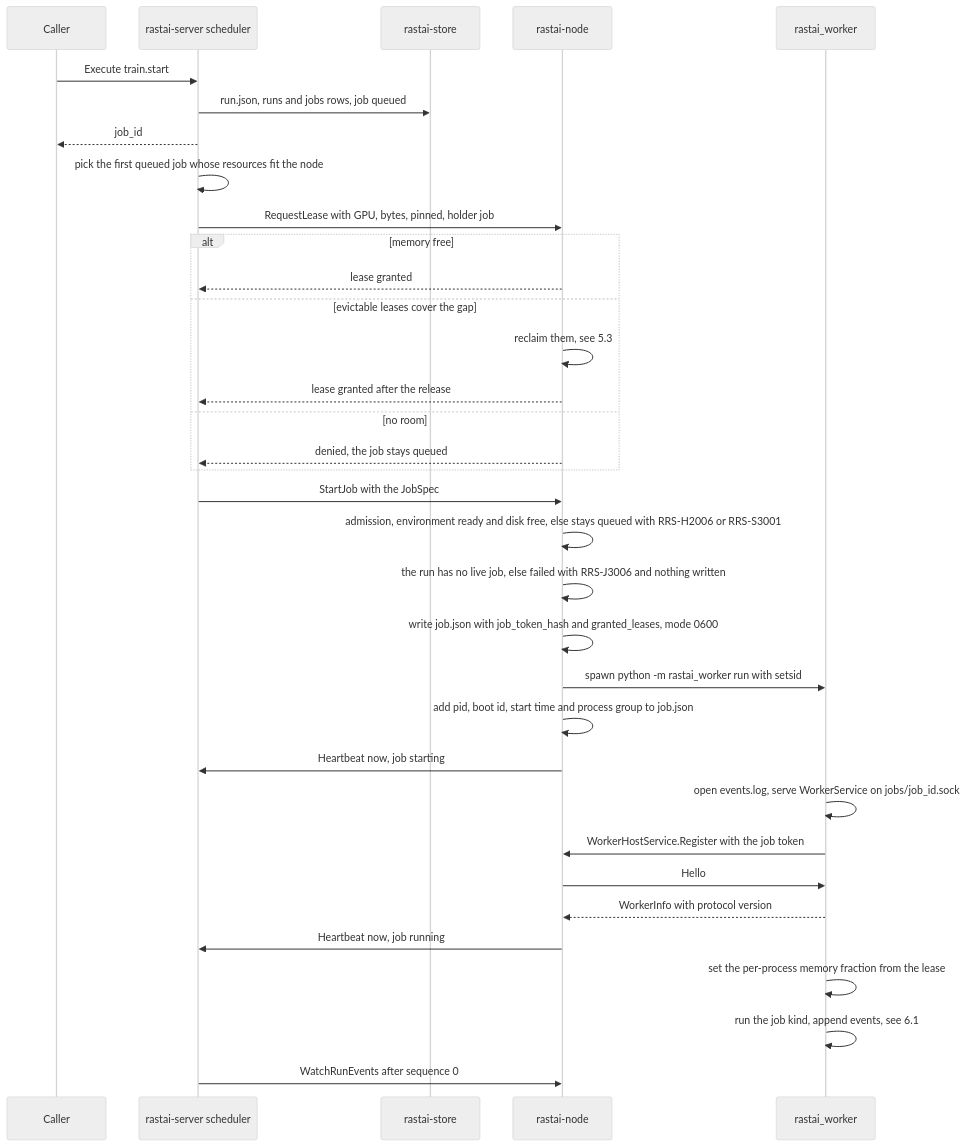
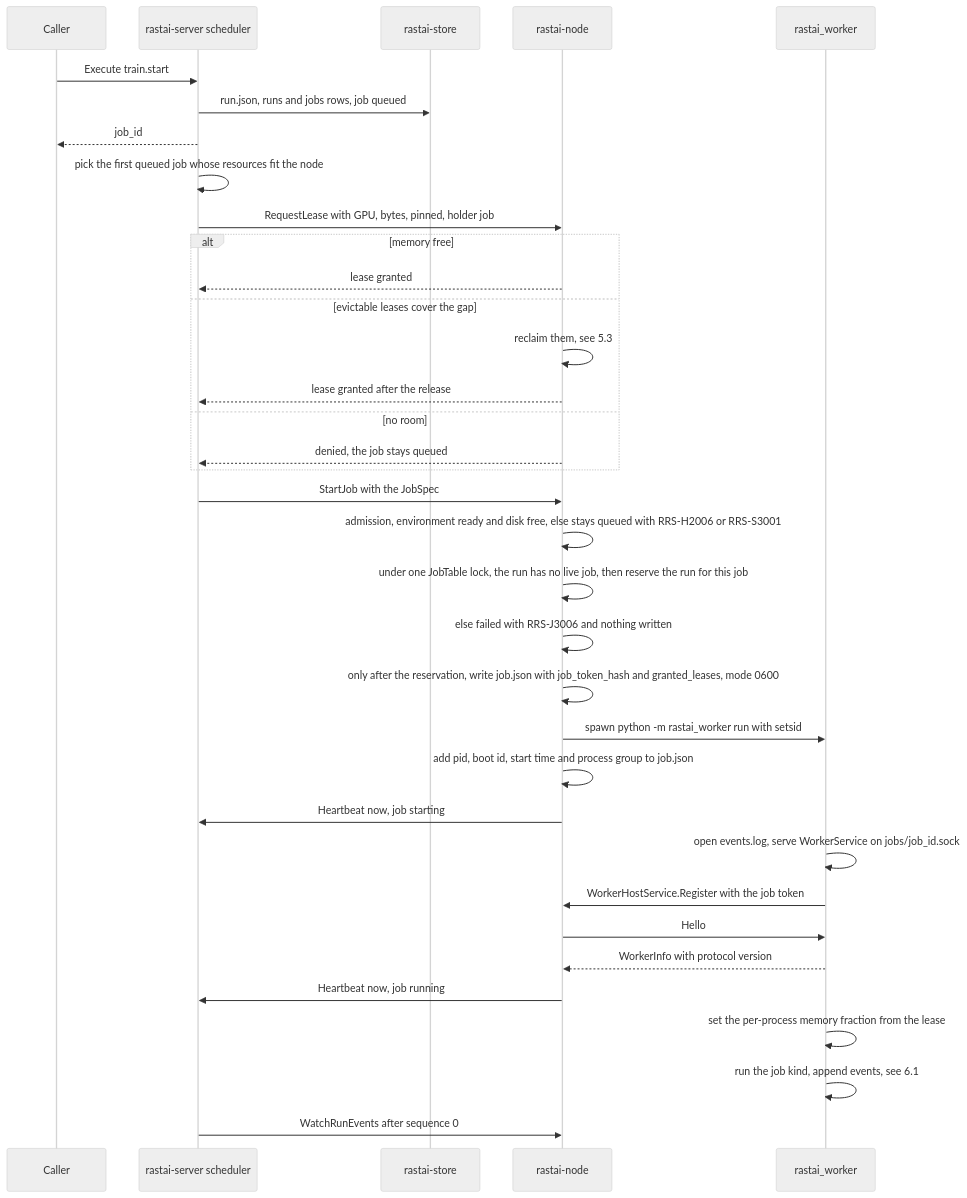
One commit to Snubiss/RASTAI-Research-Studio changed diagram 19 of 55 in docs/architecture/flows/platform.md. Above: the diagram before and after it, drawn with Mermaid (neutral theme). The commit also changed other lines of this file and 3 other files, not shown here.

First line of the commit message:
M1-39 contract: Address final sweep (one live job per run, admission is atomic)

````diff
--- a/docs/architecture/flows/platform.md
+++ b/docs/architecture/flows/platform.md
@@ -933,36 +933,37 @@
 ```mermaid
 sequenceDiagram
   participant C as Caller
   participant SRV as rastai-server scheduler
   participant STO as rastai-store
   participant ND as rastai-node
   participant W as rastai_worker
   C->>SRV: Execute train.start
   SRV->>STO: run.json, runs and jobs rows, job queued
   SRV-->>C: job_id
   SRV->>SRV: pick the first queued job whose resources fit the node
   SRV->>ND: RequestLease with GPU, bytes, pinned, holder job
   alt memory free
     ND-->>SRV: lease granted
   else evictable leases cover the gap
     ND->>ND: reclaim them, see 5.3
     ND-->>SRV: lease granted after the release
   else no room
     ND-->>SRV: denied, the job stays queued
   end
   SRV->>ND: StartJob with the JobSpec
   ND->>ND: admission, environment ready and disk free, else stays queued with RRS-H2006 or RRS-S3001
-  ND->>ND: the run has no live job, else failed with RRS-J3006 and nothing written
-  ND->>ND: write job.json with job_token_hash and granted_leases, mode 0600
+  ND->>ND: under one JobTable lock, the run has no live job, then reserve the run for this job
+  ND->>ND: else failed with RRS-J3006 and nothing written
+  ND->>ND: only after the reservation, write job.json with job_token_hash and granted_leases, mode 0600
   ND->>W: spawn python -m rastai_worker run with setsid
   ND->>ND: add pid, boot id, start time and process group to job.json
   ND->>SRV: Heartbeat now, job starting
   W->>W: open events.log, serve WorkerService on jobs/job_id.sock
   W->>ND: WorkerHostService.Register with the job token
   ND->>W: Hello
   W-->>ND: WorkerInfo with protocol version
   ND->>SRV: Heartbeat now, job running
   W->>W: set the per-process memory fraction from the lease
   W->>W: run the job kind, append events, see 6.1
   SRV->>ND: WatchRunEvents after sequence 0
 ```
````
